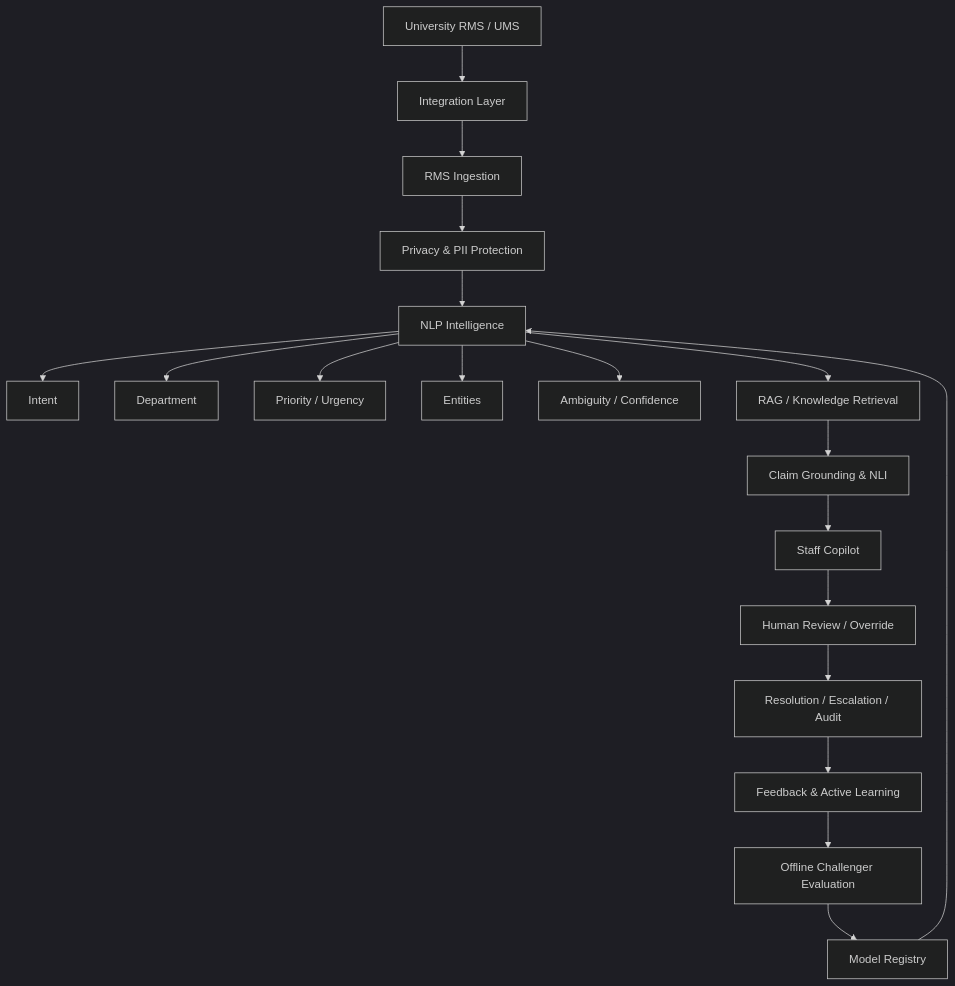
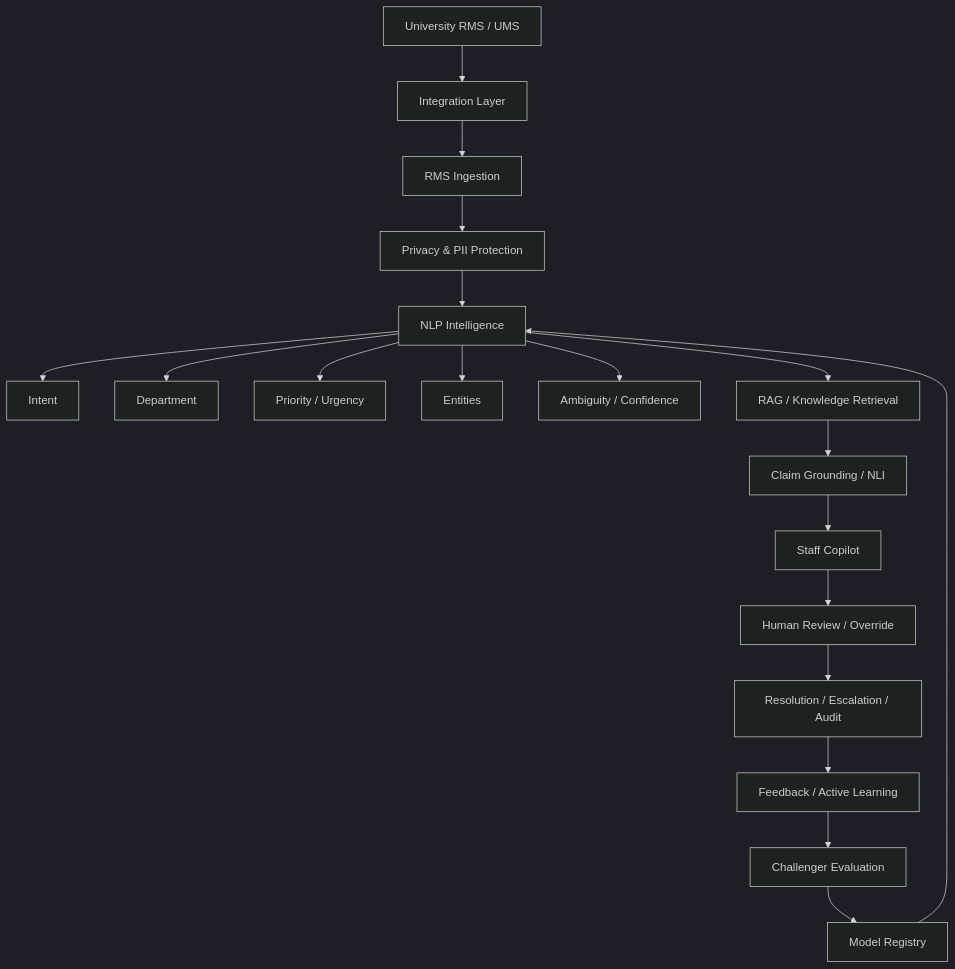
Before and after one commit to harshilsetty/Smart-RMS: the diagram in README.md, drawn with Mermaid (dark theme). The commit also changed other lines of this file, not shown here.

````diff
--- a/README.md
+++ b/README.md
@@ -91,25 +119,25 @@
 ```mermaid
 flowchart TD
     A[University RMS / UMS] --> B[Integration Layer]
     B --> C[RMS Ingestion]
     C --> D[Privacy & PII Protection]
     D --> E[NLP Intelligence]
 
     E --> E1[Intent]
     E --> E2[Department]
     E --> E3[Priority / Urgency]
     E --> E4[Entities]
     E --> E5[Ambiguity / Confidence]
 
     E --> F[RAG / Knowledge Retrieval]
-    F --> G[Claim Grounding & NLI]
+    F --> G[Claim Grounding / NLI]
     G --> H[Staff Copilot]
 
     H --> I[Human Review / Override]
     I --> J[Resolution / Escalation / Audit]
 
-    J --> K[Feedback & Active Learning]
-    K --> L[Offline Challenger Evaluation]
+    J --> K[Feedback / Active Learning]
+    K --> L[Challenger Evaluation]
     L --> M[Model Registry]
     M --> E
 ```
````
